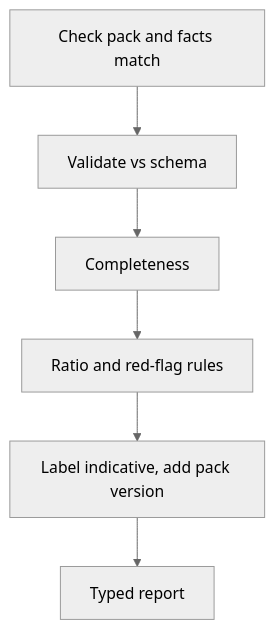
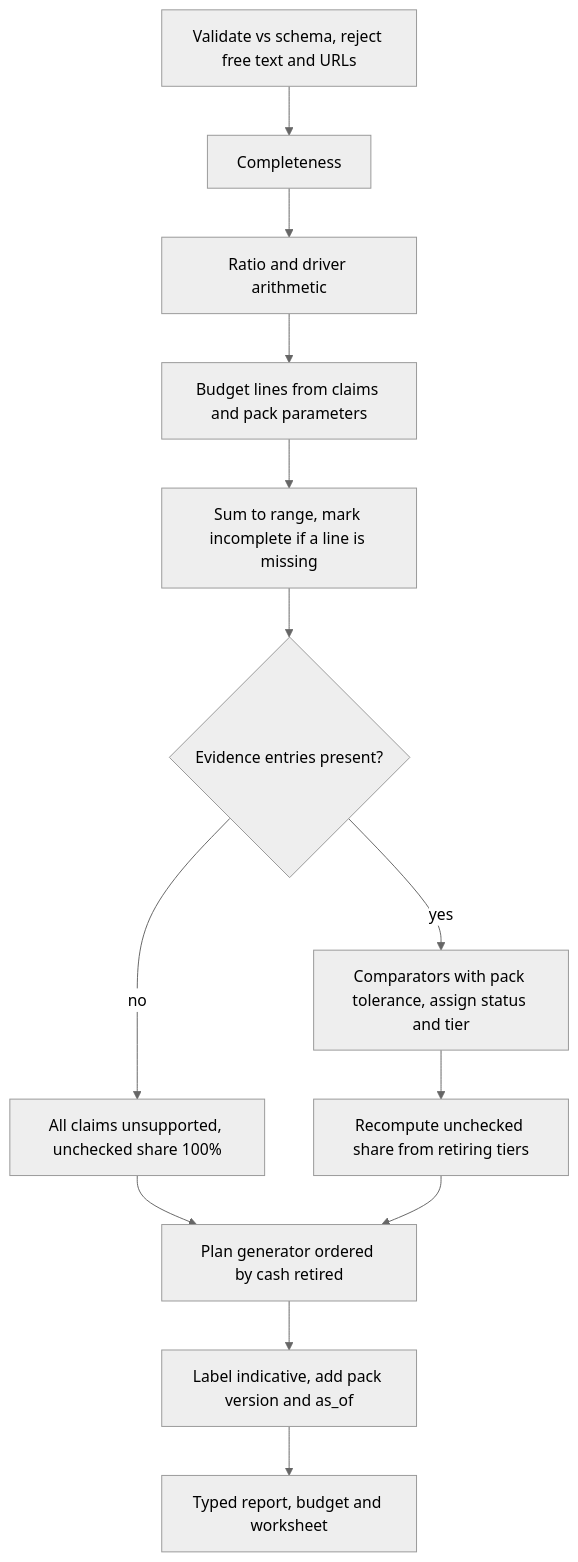
Before and after one commit to huijoohwee/joohwee: the second of 4 diagrams in undocumented-draft/prd-tad-adr-mvp-gtm-sme-business-pack-mcp.md, drawn with Mermaid (neutral theme). The commit also changed other lines of this file, not shown here.

First line of the commit message:
sme-business-pack-plan: 2 commits (#12)

````diff
--- a/undocumented-draft/prd-tad-adr-mvp-gtm-sme-business-pack-mcp.md
+++ b/undocumented-draft/prd-tad-adr-mvp-gtm-sme-business-pack-mcp.md
@@ -203,3 +174,3 @@
 ```mermaid
-flowchart TD; A[Check pack and facts match] --> B[Validate vs schema]; B --> C[Completeness]; C --> D[Ratio and red-flag rules]; D --> E[Label indicative, add pack version]; E --> F[Typed report]
+flowchart TD; A[Validate vs schema, reject free text and URLs] --> B[Completeness]; B --> C[Ratio and driver arithmetic]; C --> D[Budget lines from claims and pack parameters]; D --> E[Sum to range, mark incomplete if a line is missing]; E --> F{Evidence entries present?}; F -->|no| G[All claims unsupported, unchecked share 100%]; F -->|yes| H[Comparators with pack tolerance, assign status and tier]; H --> I[Recompute unchecked share from retiring tiers]; G --> J[Plan generator ordered by cash retired]; I --> J; J --> K[Label indicative, add pack version and as_of]; K --> L[Typed report, budget and worksheet]
 ```
````
